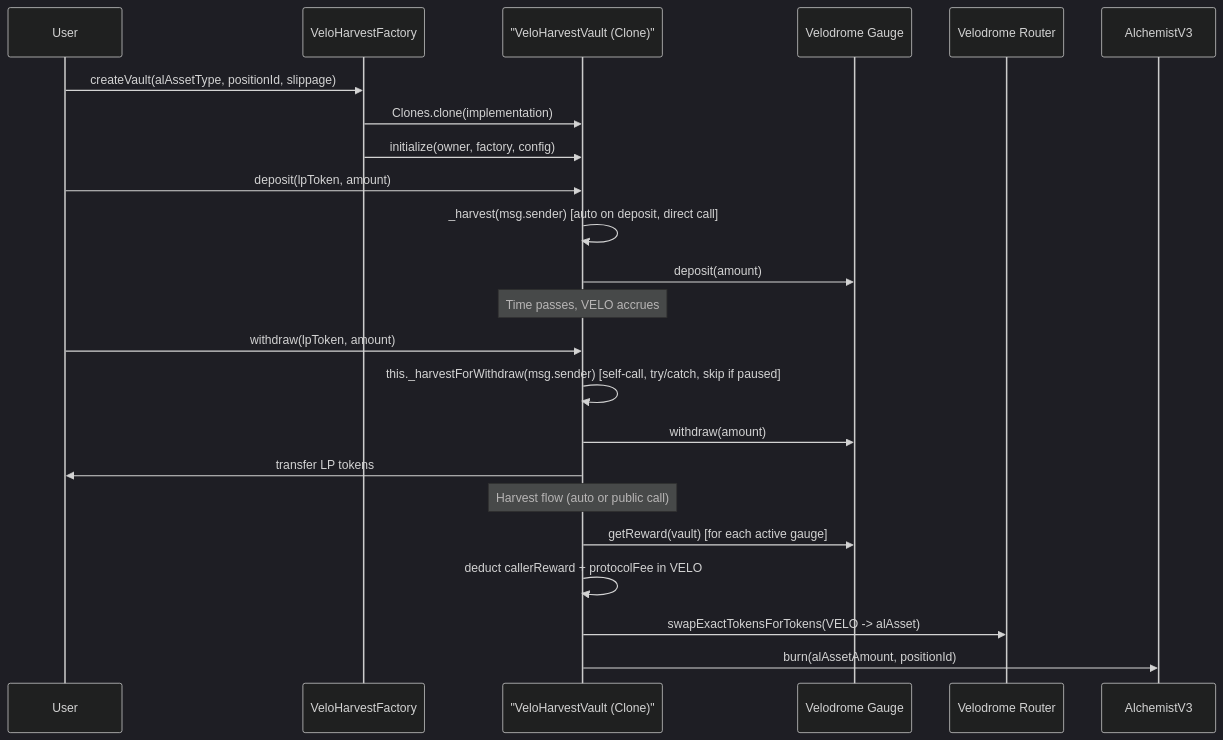
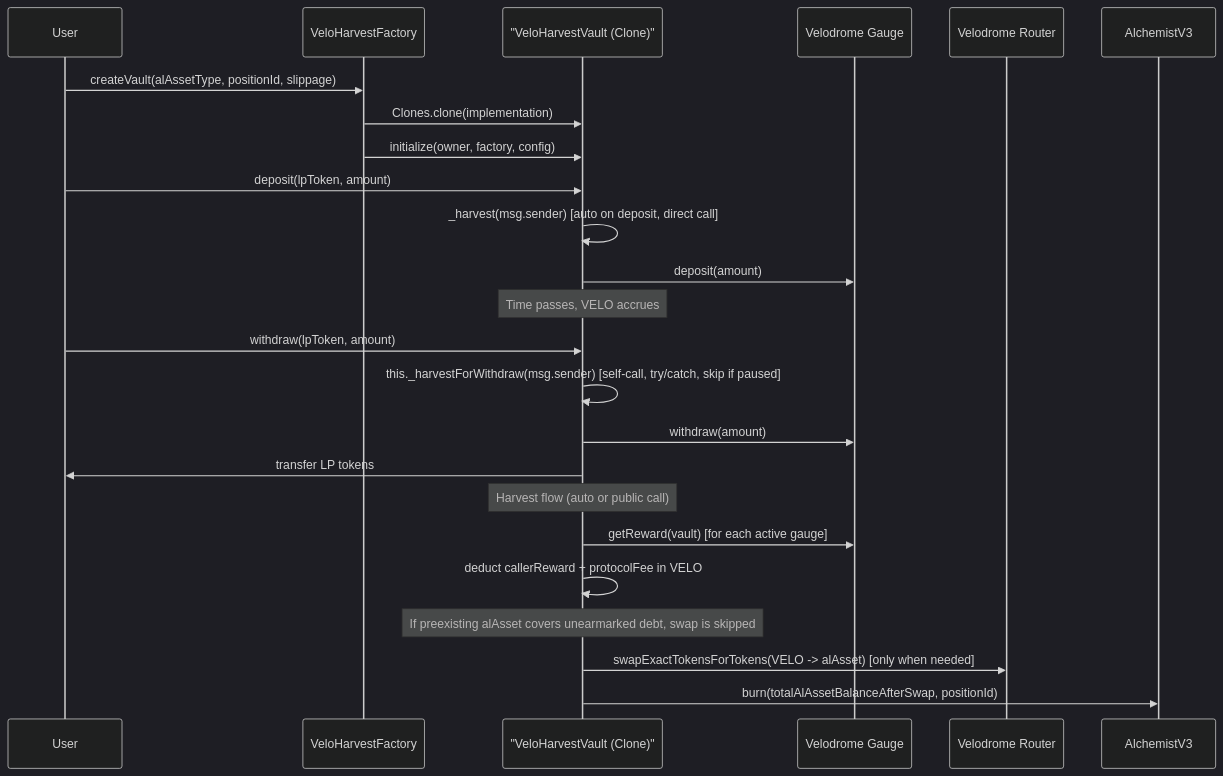
One commit to imimim-username/veloLPharvest changed the first of 2 diagrams in project_plan.md. Above: the diagram before and after it, drawn with Mermaid (dark theme). The commit also changed other lines of this file, not shown here.

````diff
--- a/project_plan.md
+++ b/project_plan.md
@@ -41,30 +41,31 @@
 ```mermaid
 sequenceDiagram
     participant User
     participant Factory as VeloHarvestFactory
     participant Vault as "VeloHarvestVault (Clone)"
     participant Gauge as Velodrome Gauge
     participant Router as Velodrome Router
     participant Alchemist as AlchemistV3
 
     User->>Factory: createVault(alAssetType, positionId, slippage)
     Factory->>Vault: Clones.clone(implementation)
     Factory->>Vault: initialize(owner, factory, config)
 
     User->>Vault: deposit(lpToken, amount)
     Vault->>Vault: _harvest(msg.sender) [auto on deposit, direct call]
     Vault->>Gauge: deposit(amount)
 
     Note over Vault: Time passes, VELO accrues
 
     User->>Vault: withdraw(lpToken, amount)
     Vault->>Vault: this._harvestForWithdraw(msg.sender) [self-call, try/catch, skip if paused]
     Vault->>Gauge: withdraw(amount)
     Vault->>User: transfer LP tokens
 
     Note over Vault: Harvest flow (auto or public call)
     Vault->>Gauge: getReward(vault) [for each active gauge]
     Vault->>Vault: deduct callerReward + protocolFee in VELO
-    Vault->>Router: swapExactTokensForTokens(VELO -> alAsset)
-    Vault->>Alchemist: burn(alAssetAmount, positionId)
+    Note over Vault: If preexisting alAsset covers unearmarked debt, swap is skipped
+    Vault->>Router: swapExactTokensForTokens(VELO -> alAsset) [only when needed]
+    Vault->>Alchemist: burn(totalAlAssetBalanceAfterSwap, positionId)
 ```
````
